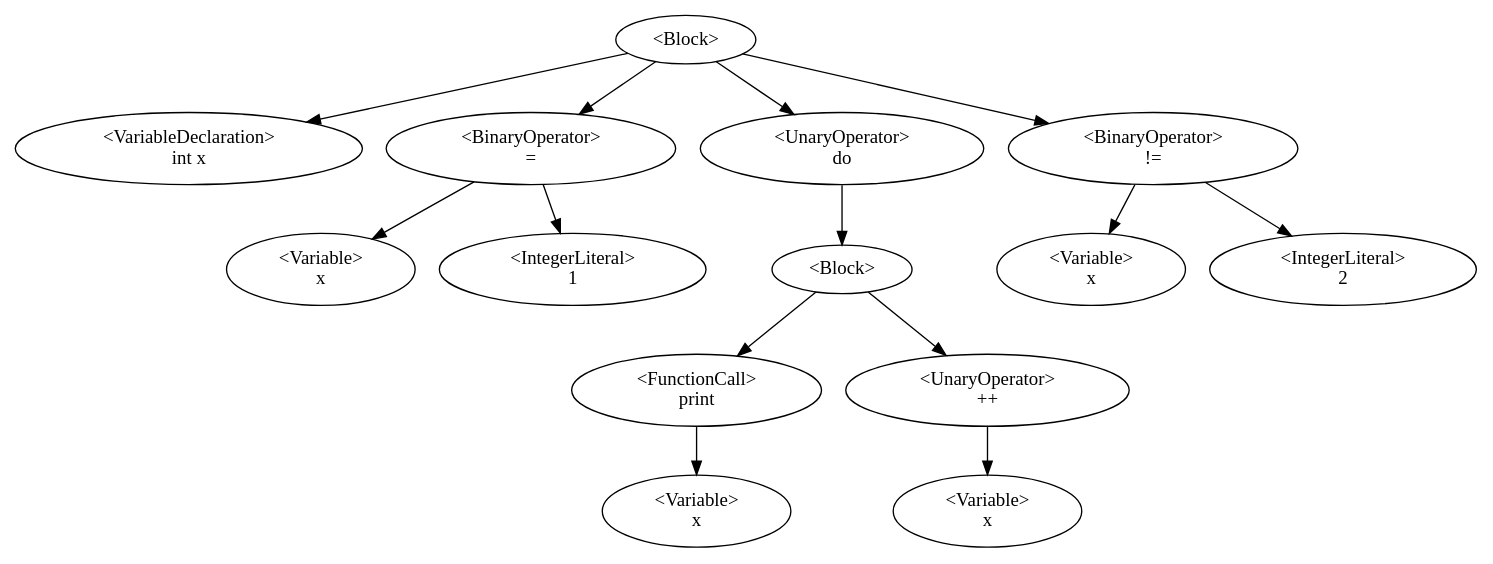
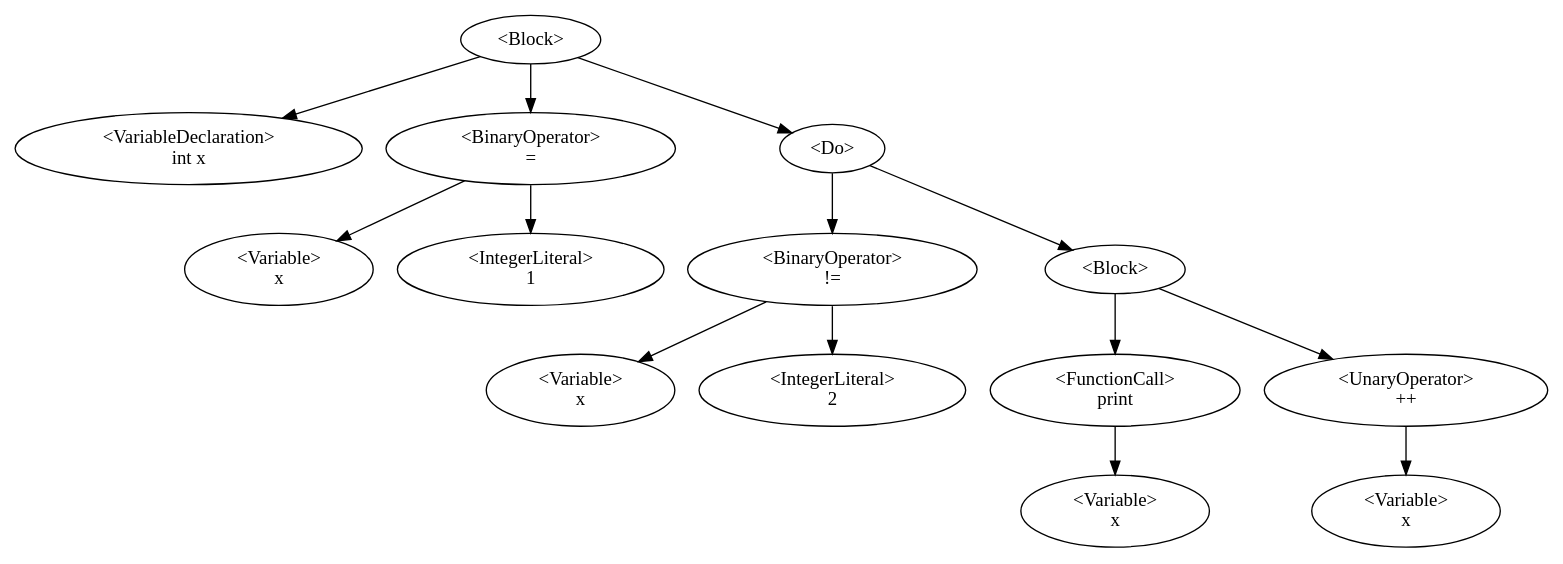
One commit to QazmoQwerty/dino changed the diagram in Dino/Dino/AstDisplay.gv. Above: the diagram before and after it, drawn with Graphviz. The commit also changed 3 other files, not shown here.

```diff
--- a/Dino/Dino/AstDisplay.gv
+++ b/Dino/Dino/AstDisplay.gv
@@ -1,16 +1,16 @@
 digraph G {
-0 [label="<Block>"];0->1;0->3;0->5;0->13;
+0 [label="<Block>"];0->1;0->3;0->5;
 1 [label="<VariableDeclaration>\nint x"];
 3 [label="<BinaryOperator>\n="];3->2;3->4;
 2 [label="<Variable>\nx"];
 4 [label="<IntegerLiteral>\n1"];
-5 [label="<UnaryOperator>\ndo"];5->6;
+5 [label="<Do>"];5->13;5->6;
+13 [label="<BinaryOperator>\n!="];13->12;13->14;
+12 [label="<Variable>\nx"];
+14 [label="<IntegerLiteral>\n2"];
 6 [label="<Block>"];6->8;6->10;
 8 [label="<FunctionCall>\nprint"];8->9;
 9 [label="<Variable>\nx"];
 10 [label="<UnaryOperator>\n++"];10->11;
 11 [label="<Variable>\nx"];
-13 [label="<BinaryOperator>\n!="];13->12;13->14;
-12 [label="<Variable>\nx"];
-14 [label="<IntegerLiteral>\n2"];
 }
```
